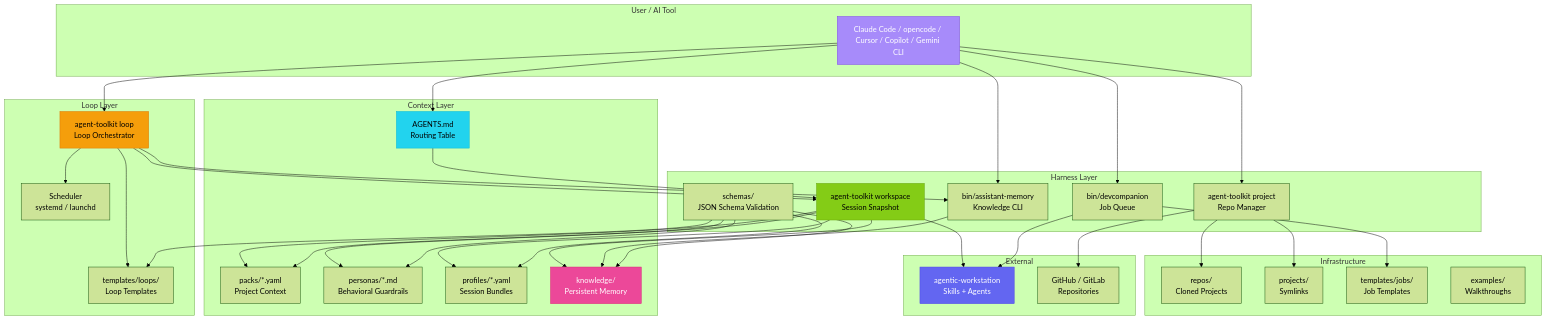
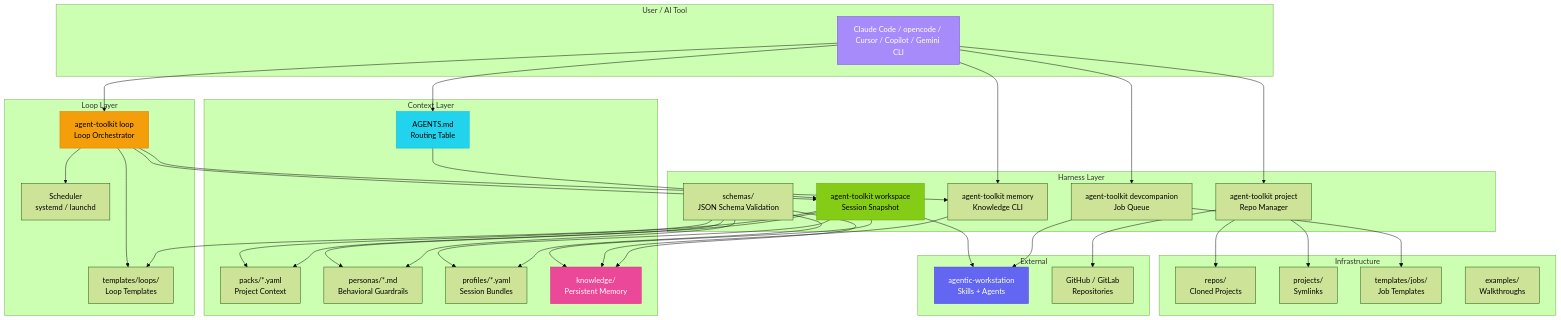
Before and after one commit to ulises-jeremias/agentic-harness: the first of 2 diagrams in docs/ARCHITECTURE.md, drawn with Mermaid (forest theme). The commit also changed other lines of this file and 30 other files, not shown here.

First line of the commit message:
docs: sweep stale bin/ references after Toolkit delegation

````diff
--- a/docs/ARCHITECTURE.md
+++ b/docs/ARCHITECTURE.md
@@ -11,79 +11,79 @@
 ```mermaid
 graph TB
     subgraph "User / AI Tool"
         AI[Claude Code / opencode / Cursor / Copilot / Gemini CLI]
     end
 
     subgraph "Context Layer"
         AGENTS[AGENTS.md<br/>Routing Table]
         PACKS[packs/*.yaml<br/>Project Context]
         PERSONAS[personas/*.md<br/>Behavioral Guardrails]
         PROFILES[profiles/*.yaml<br/>Session Bundles]
         KNOWLEDGE[knowledge/<br/>Persistent Memory]
     end
 
     subgraph "Harness Layer"
         WCTX[agent-toolkit workspace<br/>Session Snapshot]
-        AMEM[bin/assistant-memory<br/>Knowledge CLI]
-        DC[bin/devcompanion<br/>Job Queue]
+        AMEM[agent-toolkit memory<br/>Knowledge CLI]
+        DC[agent-toolkit devcompanion<br/>Job Queue]
         PI[agent-toolkit project<br/>Repo Manager]
         SCHEMAS[schemas/<br/>JSON Schema Validation]
     end
 
     subgraph "Loop Layer"
         LOOP[agent-toolkit loop<br/>Loop Orchestrator]
         TEMPLATES[templates/loops/<br/>Loop Templates]
         SCHEDULER[Scheduler<br/>systemd / launchd]
     end
 
     subgraph "Infrastructure"
         REPOS[repos/<br/>Cloned Projects]
         PROJS[projects/<br/>Symlinks]
         JOBS[templates/jobs/<br/>Job Templates]
         EXAMPLES[examples/<br/>Walkthroughs]
     end
 
     subgraph "External"
         WS[agentic-workstation<br/>Skills + Agents]
         GIT[GitHub / GitLab<br/>Repositories]
     end
 
     AI --> AGENTS
     AGENTS --> WCTX
     WCTX --> PACKS
     WCTX --> PERSONAS
     WCTX --> PROFILES
     WCTX --> KNOWLEDGE
     WCTX --> WS
 
     AI --> AMEM
     AMEM --> KNOWLEDGE
 
     AI --> DC
     DC --> JOBS
     DC --> WS
 
     AI --> PI
     PI --> REPOS
     PI --> PROJS
     PI --> GIT
 
     AI --> LOOP
     LOOP --> TEMPLATES
     LOOP --> SCHEDULER
     LOOP --> WCTX
     LOOP --> AMEM
 
     SCHEMAS --> PACKS
     SCHEMAS --> PERSONAS
     SCHEMAS --> PROFILES
     SCHEMAS --> KNOWLEDGE
     SCHEMAS --> TEMPLATES
 
     style AI fill:#a78bfa,stroke:#7c3aed,color:#fff
     style AGENTS fill:#22d3ee,stroke:#06b6d4,color:#000
     style WCTX fill:#84cc16,stroke:#65a30d,color:#000
     style LOOP fill:#f59e0b,stroke:#d97706,color:#000
     style KNOWLEDGE fill:#ec4899,stroke:#db2777,color:#fff
     style WS fill:#6366f1,stroke:#4f46e5,color:#fff
 ```
````
